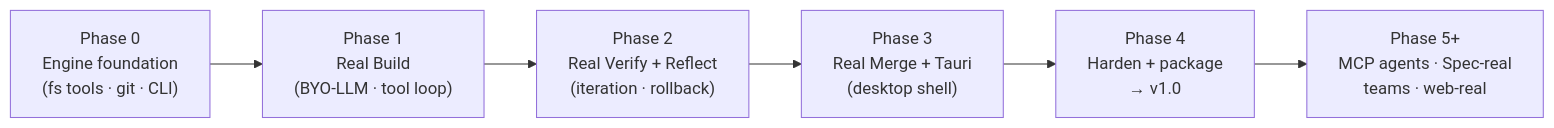
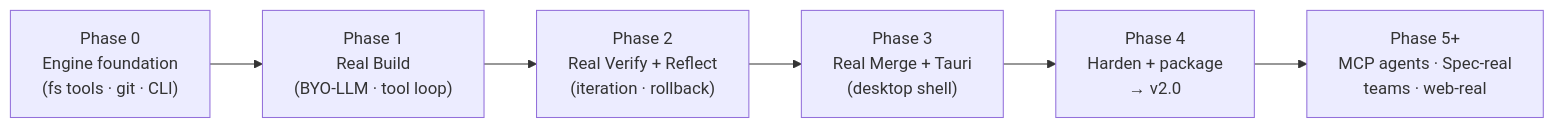
The diagram in ROADMAP.md (chetanparab/sutra), drawn with Mermaid before and after one commit. The commit also changed other lines of this file and 1 other file, not shown here.

First line of the commit message:
Freeze the roadmap (rev 2) — final review fixes (#20)

````diff
--- a/ROADMAP.md
+++ b/ROADMAP.md
@@ -136,8 +154,8 @@
 ```mermaid
 flowchart LR
   P0["Phase 0\nEngine foundation\n(fs tools · git · CLI)"] --> P1["Phase 1\nReal Build\n(BYO-LLM · tool loop)"]
   P1 --> P2["Phase 2\nReal Verify + Reflect\n(iteration · rollback)"]
   P2 --> P3["Phase 3\nReal Merge + Tauri\n(desktop shell)"]
-  P3 --> P4["Phase 4\nHarden + package\n→ v1.0"]
+  P3 --> P4["Phase 4\nHarden + package\n→ v2.0"]
   P4 --> P5["Phase 5+\nMCP agents · Spec-real\nteams · web-real"]
 ```
````
